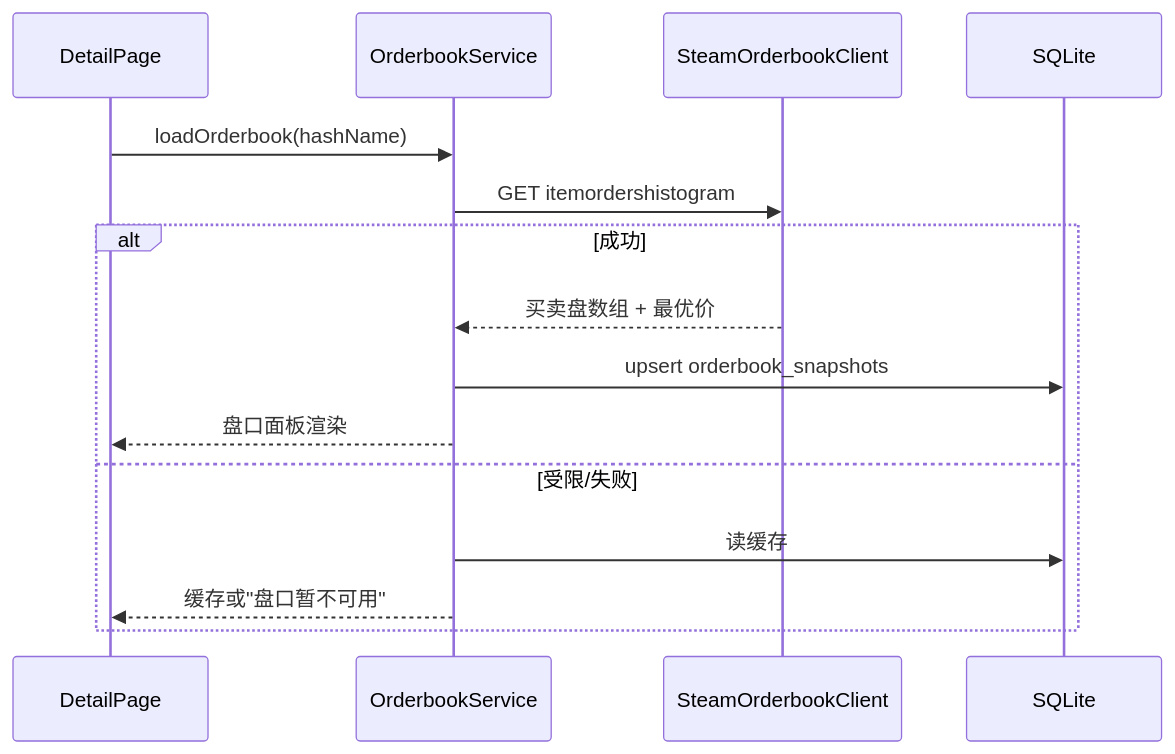
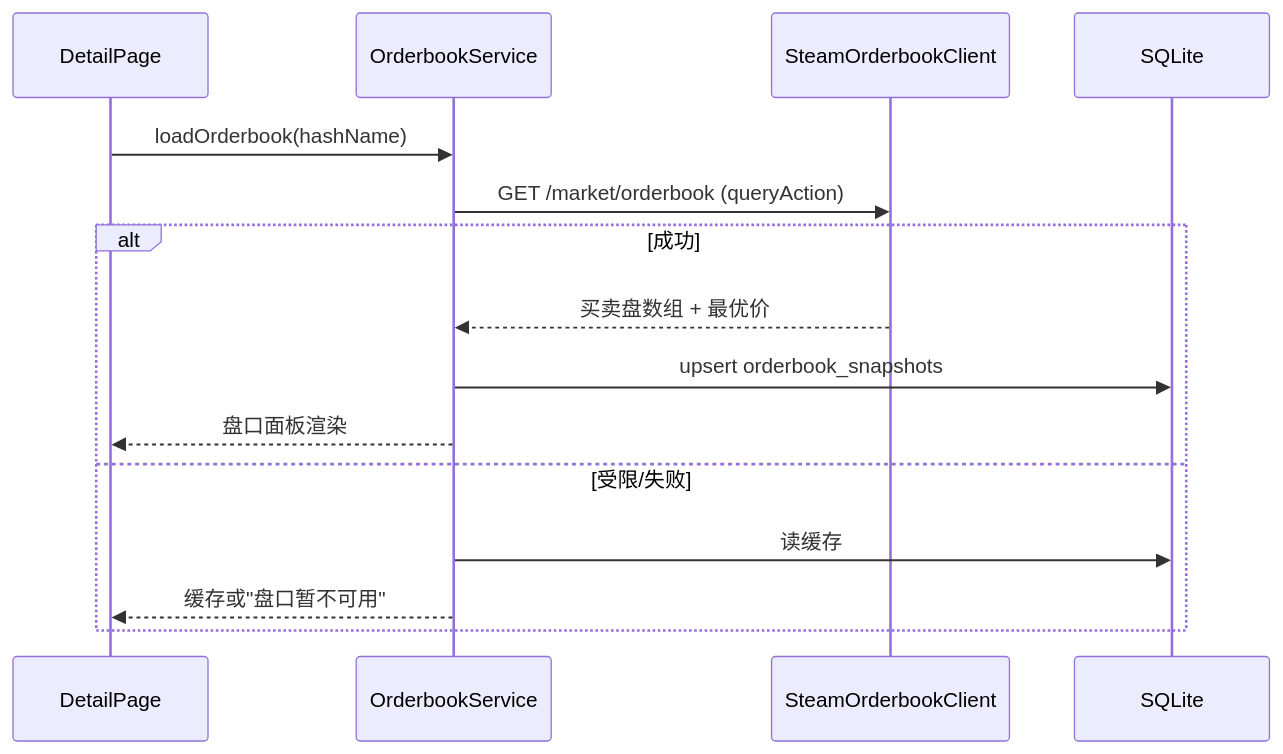
Before and after one commit to pinkjkoldman/steam-market: the seventh of 10 diagrams in docs/design/architecture.md, drawn with Mermaid. The commit also changed other lines of this file and 122 other files, not shown here.

````diff
--- a/docs/design/architecture.md
+++ b/docs/design/architecture.md
@@ -194,17 +194,17 @@
 ```mermaid
 sequenceDiagram
     participant D as DetailPage
     participant OB as OrderbookService
     participant C as SteamOrderbookClient
     participant DB as SQLite
     D->>OB: loadOrderbook(hashName)
-    OB->>C: GET itemordershistogram
+    OB->>C: GET /market/orderbook (queryAction)
     alt 成功
         C-->>OB: 买卖盘数组 + 最优价
         OB->>DB: upsert orderbook_snapshots
         OB-->>D: 盘口面板渲染
     else 受限/失败
         OB->>DB: 读缓存
         OB-->>D: 缓存或"盘口暂不可用"
     end
 ```
````
